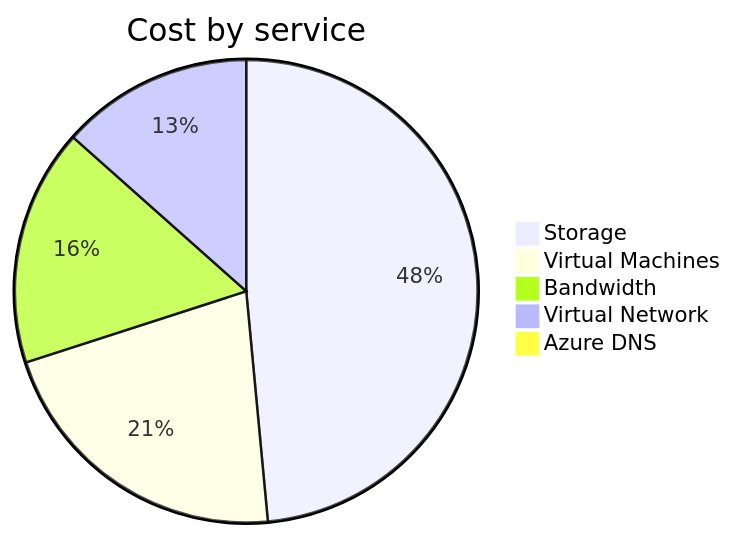
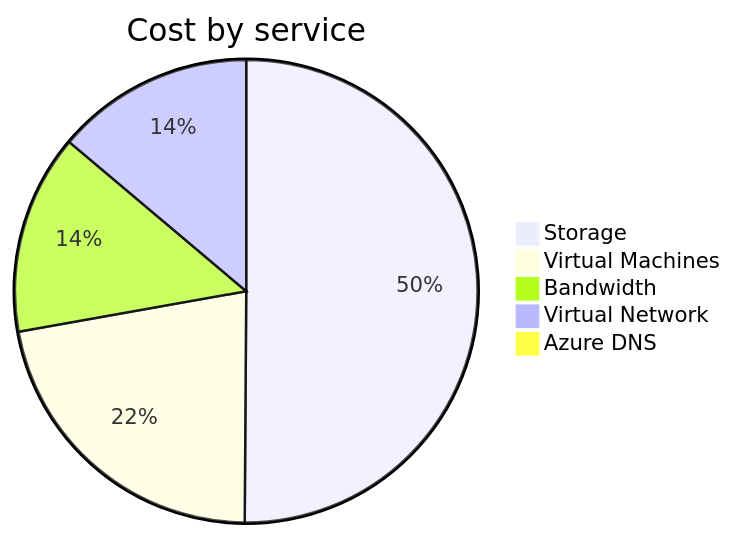
The second of 4 diagrams in cost-reports/personal-network/README.md (jpfulton/azure-personal-reports), drawn with Mermaid before and after one commit. The commit also changed other lines of this file and 8 other files, not shown here.

````diff
--- a/cost-reports/personal-network/README.md
+++ b/cost-reports/personal-network/README.md
@@ -97,9 +97,9 @@
 ```mermaid
 pie
    title Cost by service
-   "Storage" : 7.80
-   "Virtual Machines" : 3.46
+   "Storage" : 9.55
+   "Virtual Machines" : 4.21
    "Bandwidth" : 2.66
-   "Virtual Network" : 2.16
-   "Azure DNS" : 0.14
+   "Virtual Network" : 2.64
+   "Azure DNS" : 0.18
 ```
````
